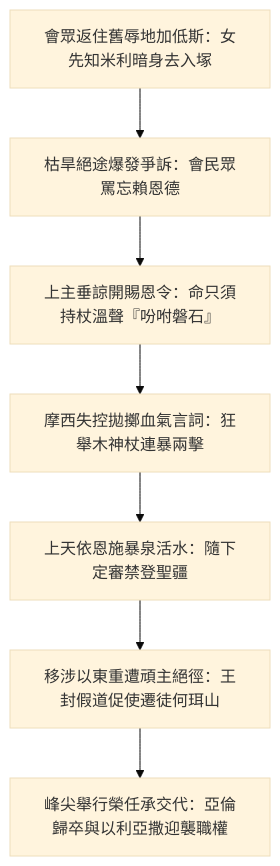
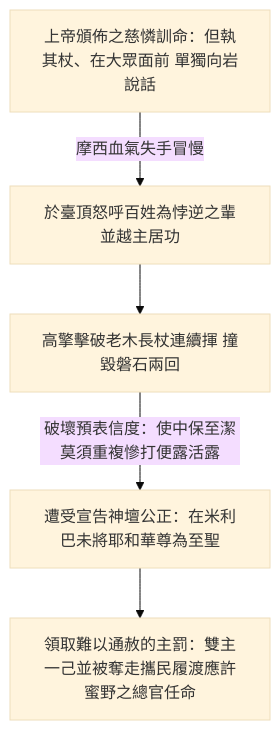
The second of 3 diagrams in 04 民數記/第20章.md (andyjr5566/Bible_wiki_zh), drawn with Mermaid (base theme) before and after one commit. The commit also changed other lines of this file and 17 other files, not shown here.

````diff
--- a/04 民數記/第20章.md
+++ b/04 民數記/第20章.md
@@ -78,9 +74,7 @@
 ```mermaid
 flowchart TD
-    A["會眾返住舊辱地加低斯：女先知米利暗身去入塚"] --> B["枯旱絕途爆發爭訴：會民眾罵忘賴恩德"]
-    B --> C["上主垂諒開賜恩令：命只須持杖溫聲『吩咐磐石』"]
-    C --> D["摩西失控拋擲血氣言詞：狂舉木神杖連暴兩擊"]
-    D --> E["上天依恩施暴泉活水：隨下定審禁登聖疆"]
-    E --> F["移涉以東重遭頑主絕徑：王封假道促使遷徒何珥山"]
-    F --> G["峰尖舉行榮任承交代：亞倫歸卒與以利亞撒迎襲職權"]
+    A["上帝頒佈之慈憐訓命：但執其杖、在大眾面前 單獨向岩說話"] -->|摩西血氣失手冒慢| B["於臺頂怒呼百姓為悖逆之輩並越主居功"]
+    B --> C["高擎擊破老木長杖連續揮 撞毀磐石兩回"]
+    C -->|破壞預表信度：使中保至潔莫須重複慘打便露活露| D["遭受宣告神壇公正：在米利巴未將耶和華尊為至聖"]
+    D --> E["領取難以通赦的主罰：雙主一己並被奪走攜民履渡應許蜜野之總官任命"]
 ```
````
